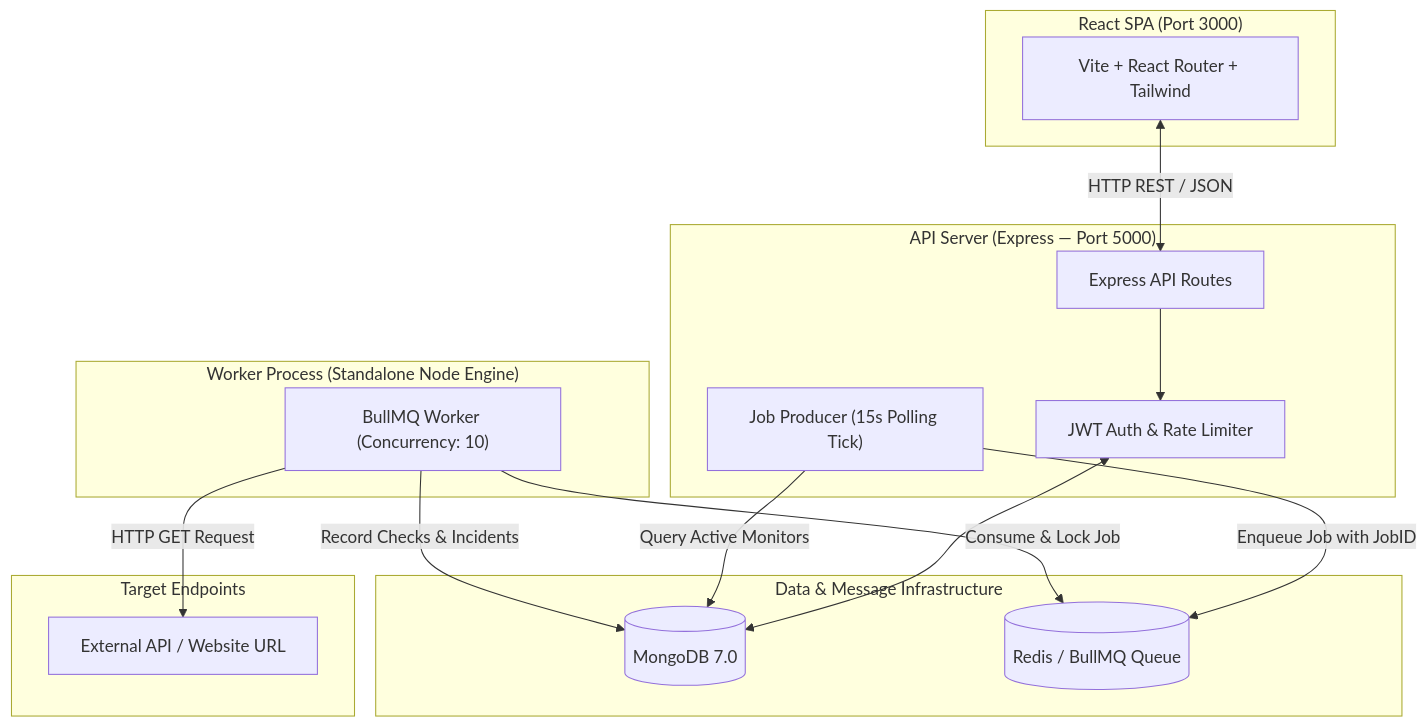
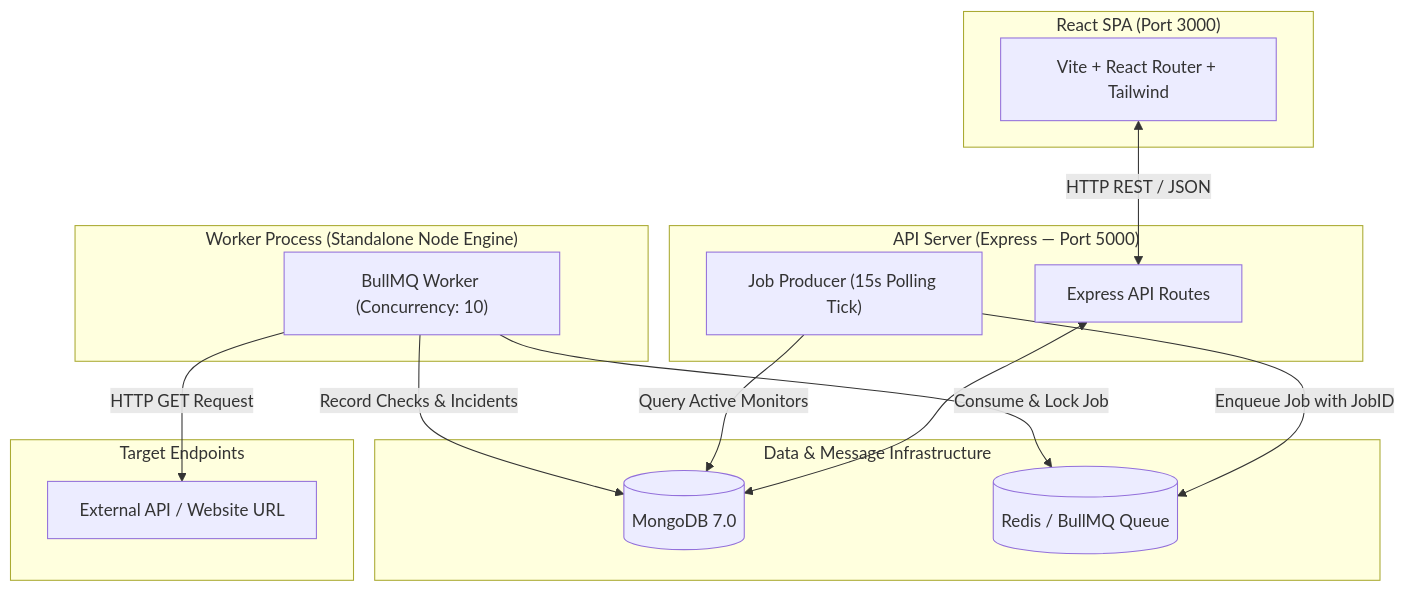
One commit to callmekriztal/UpBro changed the diagram in README.md. Above: the diagram before and after it, drawn with Mermaid. The commit also changed other lines of this file and 1 other file, not shown here.

````diff
--- a/README.md
+++ b/README.md
@@ -11,34 +11,32 @@
 ```mermaid
 flowchart TD
     subgraph Frontend ["React SPA (Port 3000)"]
         UI["Vite + React Router + Tailwind"]
     end
 
     subgraph API_Layer ["API Server (Express — Port 5000)"]
         API["Express API Routes"]
-        AuthMiddleware["JWT Auth & Rate Limiter"]
         Producer["Job Producer (15s Polling Tick)"]
     end
 
     subgraph Data_Layer ["Data & Message Infrastructure"]
         MongoDB[(MongoDB 7.0)]
         Redis[(Redis / BullMQ Queue)]
     end
 
     subgraph Worker_Layer ["Worker Process (Standalone Node Engine)"]
         Worker["BullMQ Worker (Concurrency: 10)"]
     end
 
     subgraph External ["Target Endpoints"]
         Target["External API / Website URL"]
     end
 
     UI <-->|HTTP REST / JSON| API
-    API --> AuthMiddleware
-    AuthMiddleware <--> MongoDB
+    API <--> MongoDB
     Producer -->|Query Active Monitors| MongoDB
     Producer -->|Enqueue Job with JobID| Redis
     Worker -->|Consume & Lock Job| Redis
     Worker -->|HTTP GET Request| Target
     Worker -->|Record Checks & Incidents| MongoDB
 ```
````
